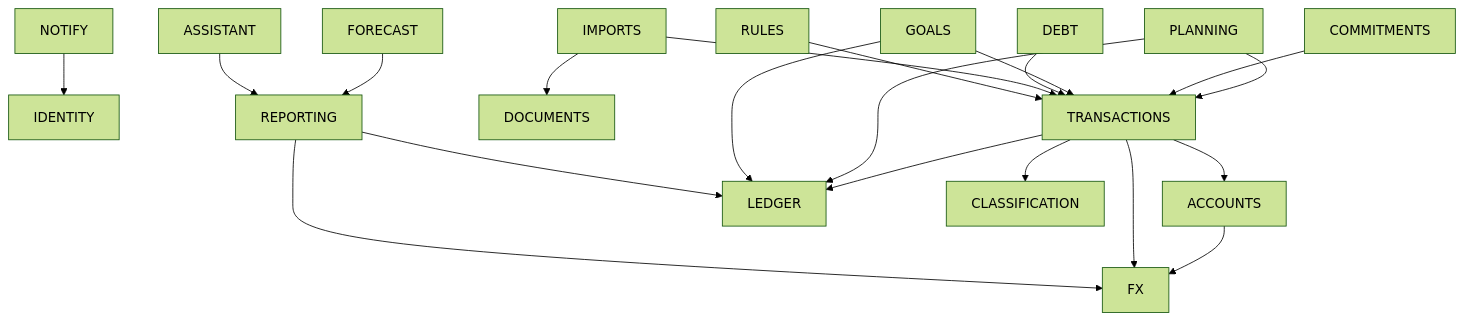
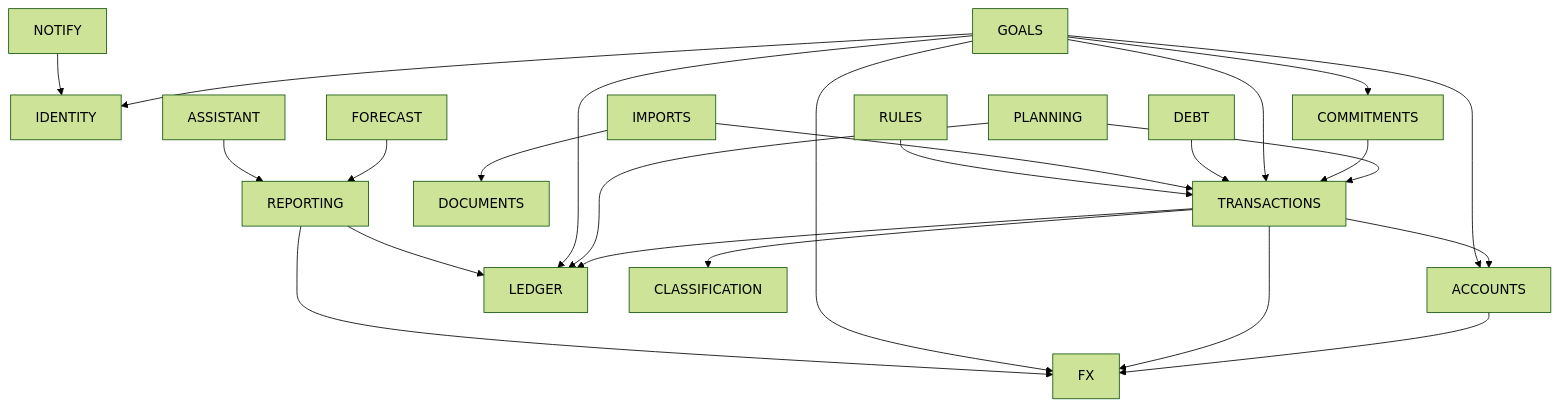
One commit to manuXD270516/personal-finances changed the diagram in docs/05-bounded-contexts.md. Above: the diagram before and after it, drawn with Mermaid (forest theme). The commit also changed other lines of this file and 254 other files, not shown here.

````diff
--- a/docs/05-bounded-contexts.md
+++ b/docs/05-bounded-contexts.md
@@ -227,23 +227,27 @@
 ```mermaid
 flowchart TD
   IDENTITY
   ACCOUNTS --> FX
   TRANSACTIONS --> LEDGER
   TRANSACTIONS --> ACCOUNTS
   TRANSACTIONS --> CLASSIFICATION
   TRANSACTIONS --> FX
   PLANNING --> LEDGER
   PLANNING --> TRANSACTIONS
   COMMITMENTS --> TRANSACTIONS
   GOALS --> TRANSACTIONS
   GOALS --> LEDGER
+  GOALS --> ACCOUNTS
+  GOALS --> FX
+  GOALS --> COMMITMENTS
+  GOALS --> IDENTITY
   DEBT --> TRANSACTIONS
   IMPORTS --> TRANSACTIONS
   IMPORTS --> DOCUMENTS
   RULES --> TRANSACTIONS
   REPORTING --> LEDGER
   REPORTING --> FX
   FORECAST --> REPORTING
   ASSISTANT --> REPORTING
   NOTIFY --> IDENTITY
 ```
````
